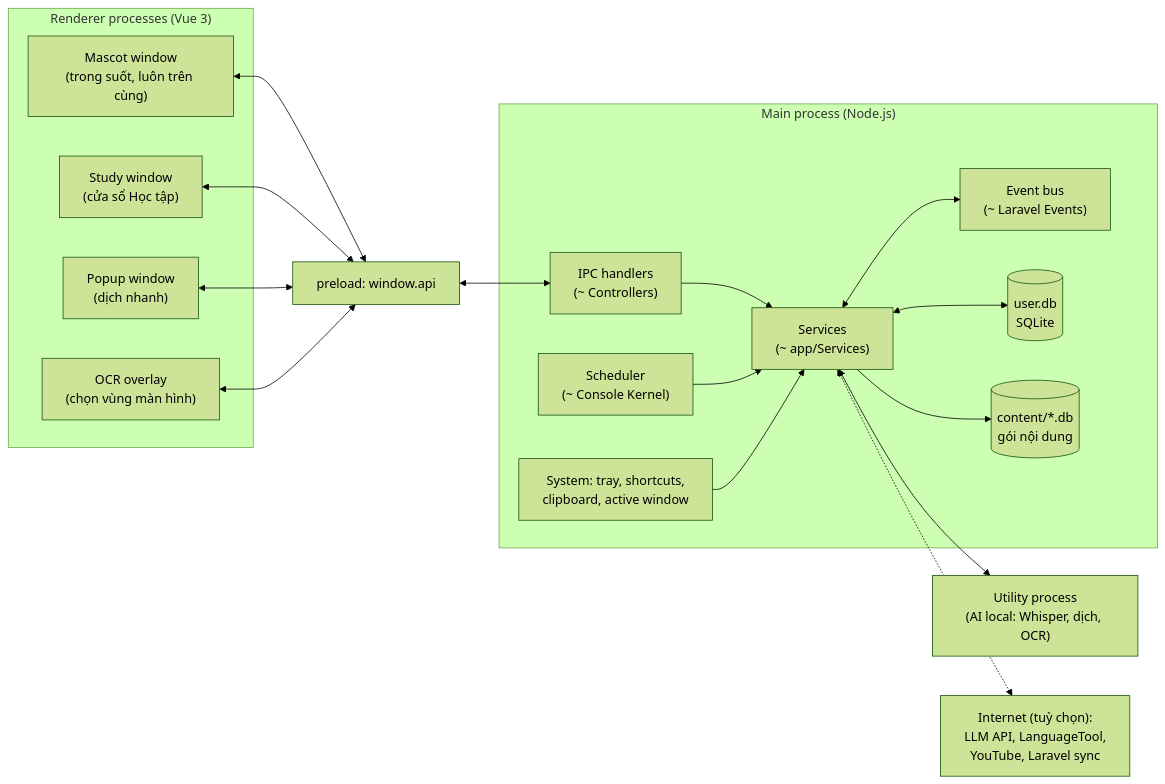
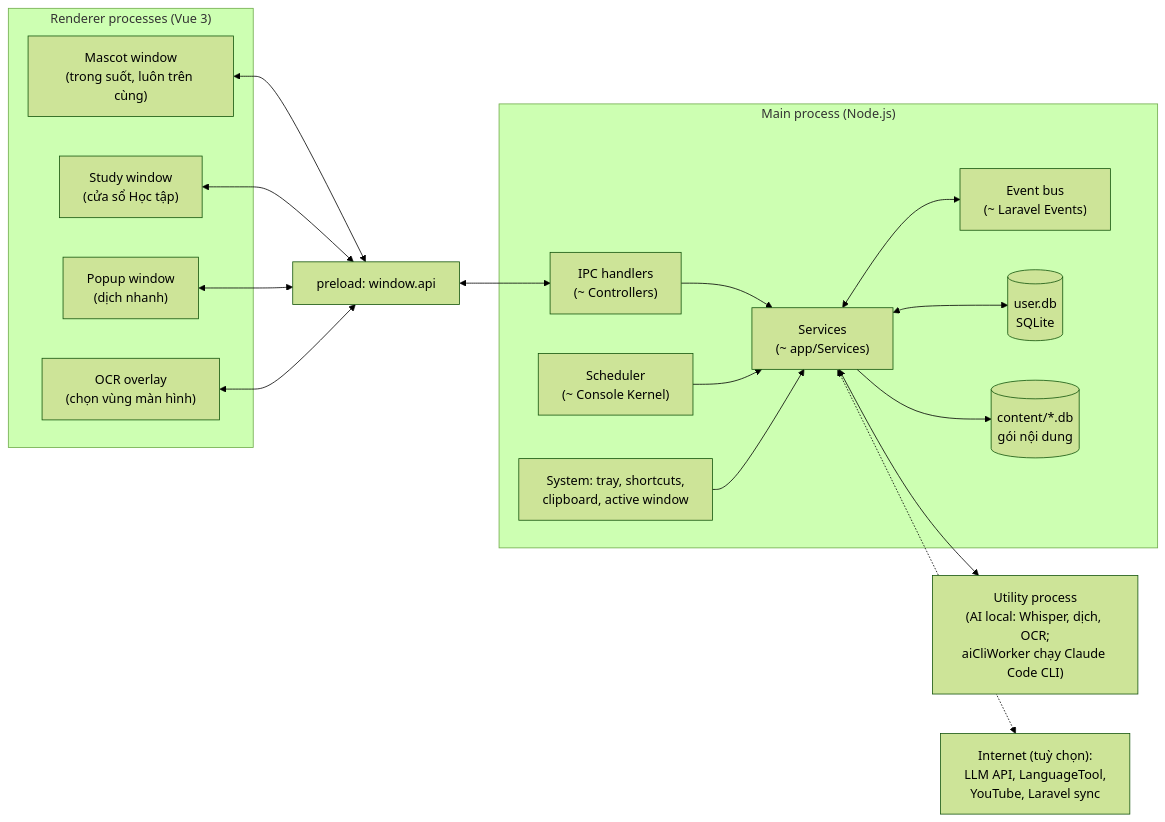
One commit to Congminh0707/english-assistant changed the first of 3 diagrams in docs/03-architecture.md. Above: the diagram before and after it, drawn with Mermaid (forest theme). The commit also changed other lines of this file and 10 other files, not shown here.

Commit message:
ai: run Claude CLI in a utilityProcess so spawn never blocks main

````diff
--- a/docs/03-architecture.md
+++ b/docs/03-architecture.md
@@ -24,34 +24,34 @@
 ```mermaid
 flowchart LR
   subgraph Renderers["Renderer processes (Vue 3)"]
     M["Mascot window<br/>(trong suốt, luôn trên cùng)"]
     S["Study window<br/>(cửa sổ Học tập)"]
     P["Popup window<br/>(dịch nhanh)"]
     O["OCR overlay<br/>(chọn vùng màn hình)"]
   end
 
   PL["preload: window.api"]
 
   subgraph Main["Main process (Node.js)"]
     IPC["IPC handlers<br/>(~ Controllers)"]
     SV["Services<br/>(~ app/Services)"]
     EV["Event bus<br/>(~ Laravel Events)"]
     SCH["Scheduler<br/>(~ Console Kernel)"]
     SYS["System: tray, shortcuts,<br/>clipboard, active window"]
     DB[("user.db<br/>SQLite")]
     CDB[("content/*.db<br/>gói nội dung")]
   end
 
-  UP["Utility process<br/>(AI local: Whisper, dịch, OCR)"]
+  UP["Utility process<br/>(AI local: Whisper, dịch, OCR;<br/>aiCliWorker chạy Claude Code CLI)"]
   NET["Internet (tuỳ chọn):<br/>LLM API, LanguageTool,<br/>YouTube, Laravel sync"]
 
   M & S & P & O <--> PL <--> IPC
   IPC --> SV
   SV <--> DB
   SV --> CDB
   SV <--> EV
   SCH --> SV
   SYS --> SV
   SV <--> UP
   SV <-.-> NET
 ```
````
